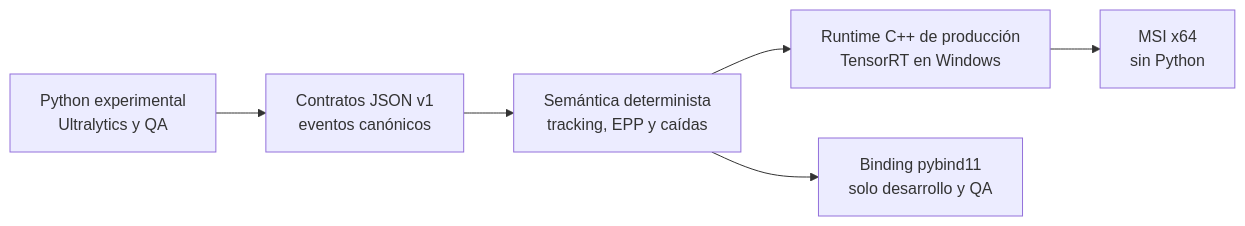
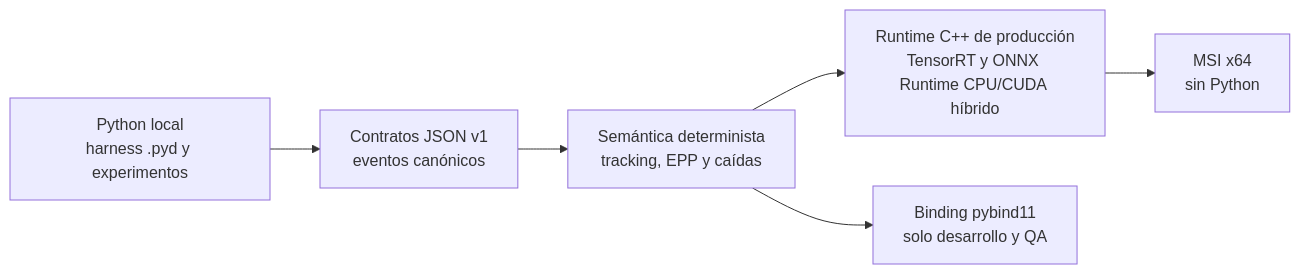
Before and after one commit to jeanpaulandradeleiva-crypto/CAMARAS-IP-CUAJONE: the first of 3 diagrams in docs/python-cpp-coupling.md, drawn with Mermaid. The commit also changed other lines of this file and 38 other files, not shown here.

````diff
--- a/docs/python-cpp-coupling.md
+++ b/docs/python-cpp-coupling.md
@@ -31,8 +34,8 @@
 ```mermaid
 flowchart LR
-    PY["Python experimental<br/>Ultralytics y QA"] --> CONTRACTS["Contratos JSON v1<br/>eventos canónicos"]
+    PY["Python local<br/>harness .pyd y experimentos"] --> CONTRACTS["Contratos JSON v1<br/>eventos canónicos"]
     CONTRACTS --> CORE["Semántica determinista<br/>tracking, EPP y caídas"]
-    CORE --> CPP["Runtime C++ de producción<br/>TensorRT en Windows"]
+    CORE --> CPP["Runtime C++ de producción<br/>TensorRT y ONNX Runtime CPU/CUDA híbrido"]
     CPP --> MSI["MSI x64<br/>sin Python"]
     CORE --> BINDING["Binding pybind11<br/>solo desarrollo y QA"]
 ```
````
